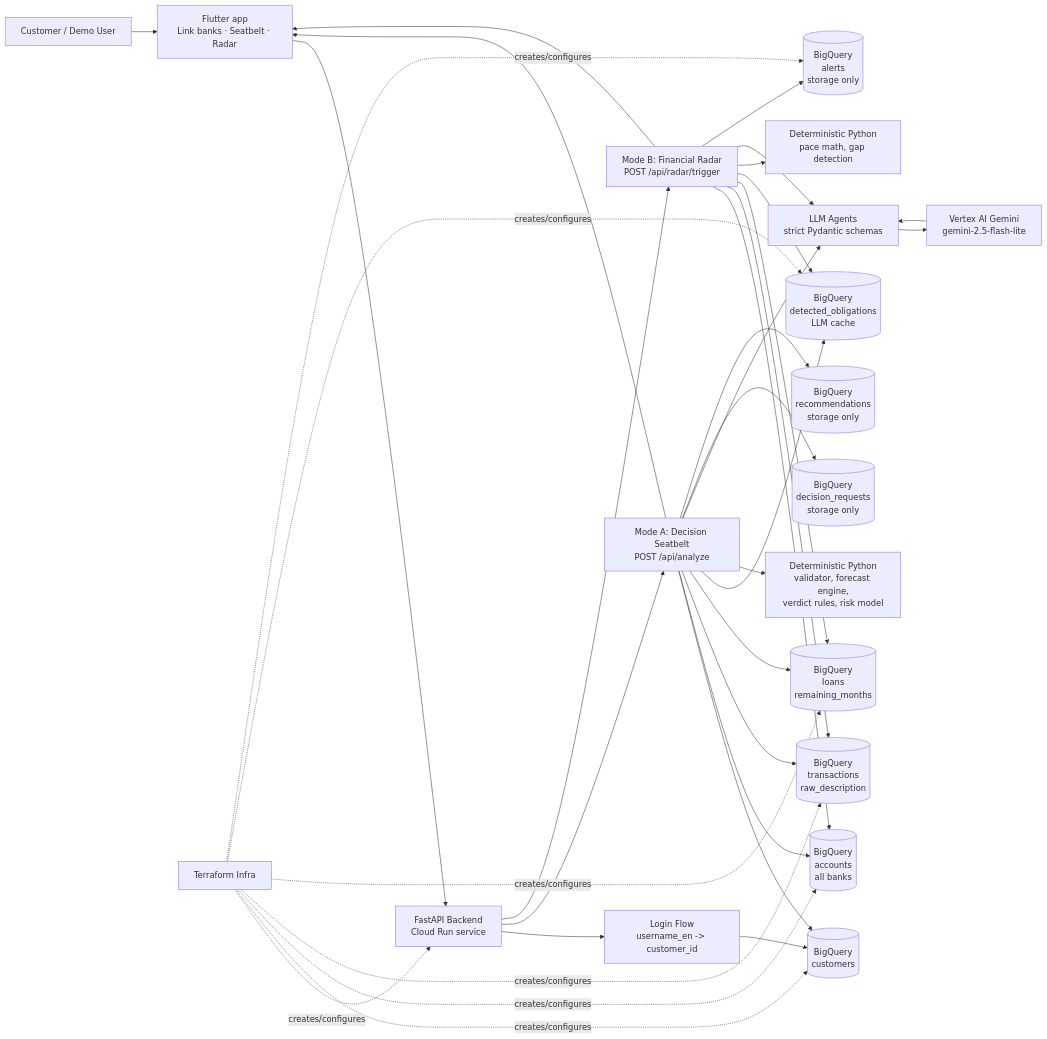
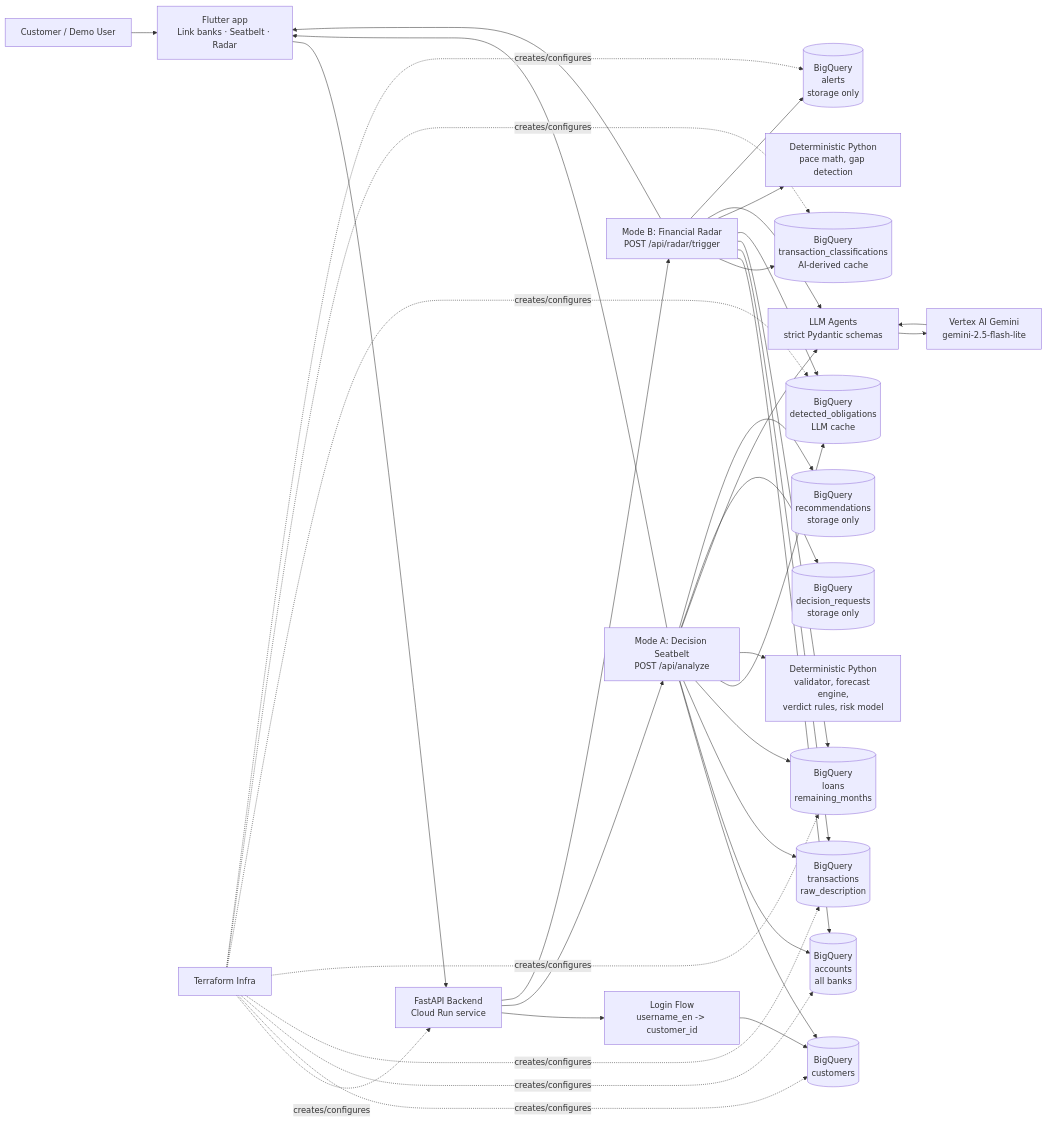
One commit to krrizzer/edraak changed the first of 2 diagrams in System-Architecture.md. Above: the diagram before and after it, drawn with Mermaid. The commit also changed other lines of this file and 70 other files, not shown here.

````diff
--- a/System-Architecture.md
+++ b/System-Architecture.md
@@ -3,45 +3,47 @@
 ```mermaid
 flowchart LR
     User["Customer / Demo User"] --> Browser["Flutter app<br/>Link banks · Seatbelt · Radar"]
     Browser --> API["FastAPI Backend<br/>Cloud Run service"]
 
     API --> AuthFlow["Login Flow<br/>username_en -> customer_id"]
     API --> AnalysisFlow["Mode A: Decision Seatbelt<br/>POST /api/analyze"]
     API --> RadarFlow["Mode B: Financial Radar<br/>POST /api/radar/trigger"]
 
     AuthFlow --> BQCustomers[("BigQuery<br/>customers")]
 
     AnalysisFlow --> BQCustomers
     AnalysisFlow --> BQAccounts[("BigQuery<br/>accounts<br/>all banks")]
     AnalysisFlow --> BQTransactions[("BigQuery<br/>transactions<br/>raw_description")]
     AnalysisFlow --> BQLoans[("BigQuery<br/>loans<br/>remaining_months")]
     AnalysisFlow --> BQObligations[("BigQuery<br/>detected_obligations<br/>LLM cache")]
+    RadarFlow --> BQClassifications[("BigQuery<br/>transaction_classifications<br/>AI-derived cache")]
 
     RadarFlow --> BQAccounts
     RadarFlow --> BQTransactions
     RadarFlow --> BQLoans
     RadarFlow --> BQObligations
 
     AnalysisFlow --> Deterministic["Deterministic Python<br/>validator, forecast engine,<br/>verdict rules, risk model"]
     RadarFlow --> RadarDet["Deterministic Python<br/>pace math, gap detection"]
 
     AnalysisFlow --> Agents["LLM Agents<br/>strict Pydantic schemas"]
     RadarFlow --> Agents
     Agents --> Vertex["Vertex AI Gemini<br/>gemini-2.5-flash-lite"]
     Vertex --> Agents
 
     AnalysisFlow --> BQRequests[("BigQuery<br/>decision_requests<br/>storage only")]
     AnalysisFlow --> BQRecommendations[("BigQuery<br/>recommendations<br/>storage only")]
     RadarFlow --> BQAlerts[("BigQuery<br/>alerts<br/>storage only")]
 
     AnalysisFlow --> Browser
     RadarFlow --> Browser
 
     Terraform["Terraform Infra"] -. creates/configures .-> API
     Terraform -. creates/configures .-> BQCustomers
     Terraform -. creates/configures .-> BQAccounts
     Terraform -. creates/configures .-> BQTransactions
     Terraform -. creates/configures .-> BQLoans
     Terraform -. creates/configures .-> BQObligations
+    Terraform -. creates/configures .-> BQClassifications
     Terraform -. creates/configures .-> BQAlerts
 ```
````
